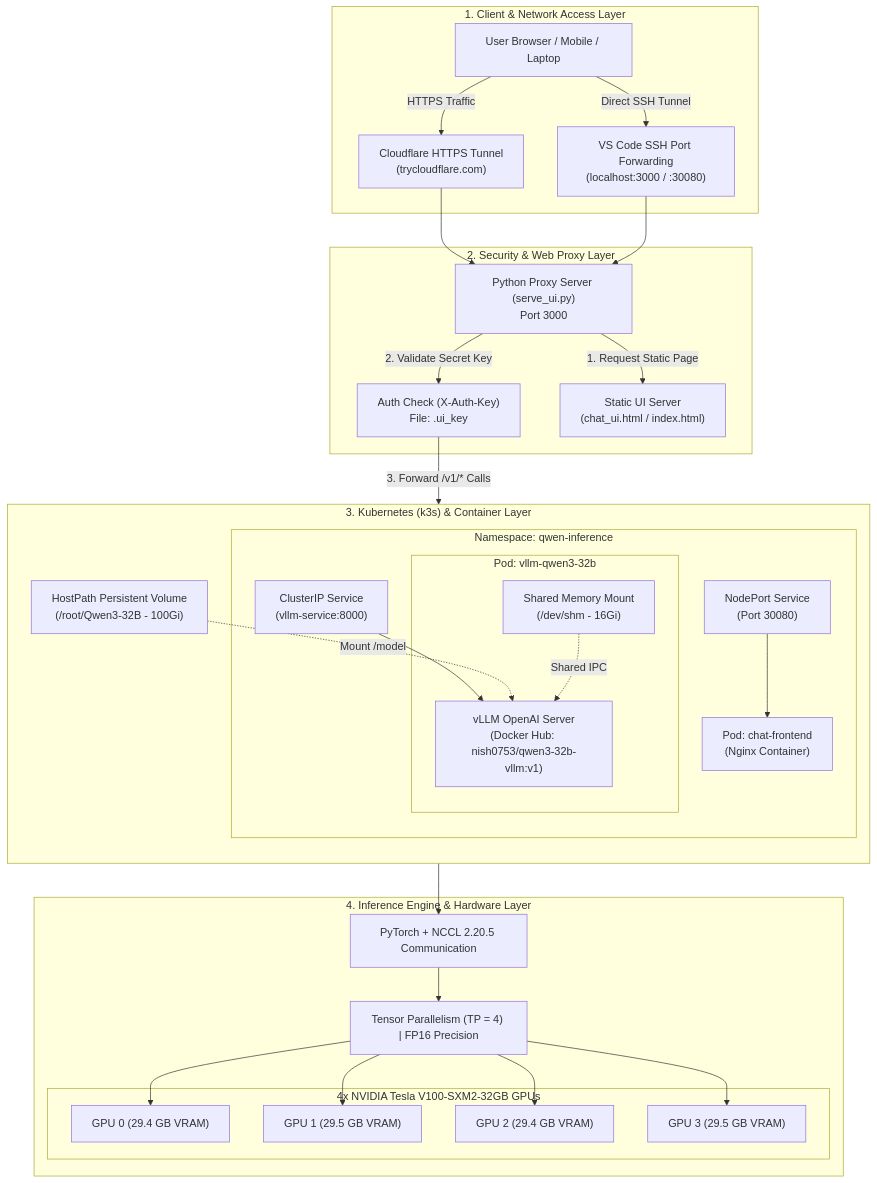
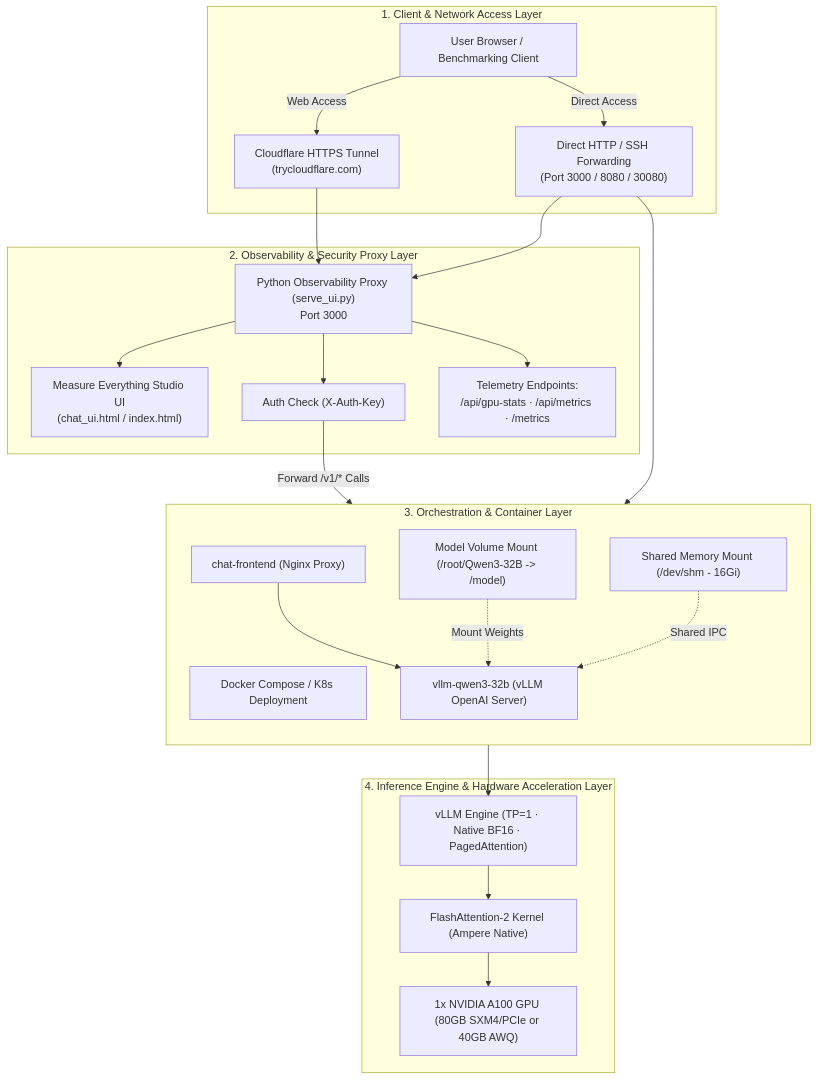
One commit to nish0753/Qwen3-32B-deployment changed the diagram in README.md. Above: the diagram before and after it, drawn with Mermaid. The commit also changed other lines of this file and 13 other files, not shown here.

Commit message:
Update configurations for 1x A100 with Measure Everything Studio

````diff
--- a/README.md
+++ b/README.md
@@ -15,63 +17,49 @@
 ```mermaid
 flowchart TD
     subgraph Client_Access["1. Client & Network Access Layer"]
-        User["User Browser / Mobile / Laptop"]
+        User["User Browser / Benchmarking Client"]
         CF_Tunnel["Cloudflare HTTPS Tunnel<br/>(trycloudflare.com)"]
-        SSH_Port["VS Code SSH Port Forwarding<br/>(localhost:3000 / :30080)"]
+        Direct_Port["Direct HTTP / SSH Forwarding<br/>(Port 3000 / 8080 / 30080)"]
     end
 
-    subgraph Security_Proxy["2. Security & Web Proxy Layer"]
-        Proxy["Python Proxy Server (serve_ui.py)<br/>Port 3000"]
-        Auth["Auth Check (X-Auth-Key)<br/>File: .ui_key"]
-        StaticUI["Static UI Server<br/>(chat_ui.html / index.html)"]
+    subgraph Security_Observability["2. Observability & Security Proxy Layer"]
+        Proxy["Python Observability Proxy (serve_ui.py)<br/>Port 3000"]
+        Auth["Auth Check (X-Auth-Key)"]
+        UI["Measure Everything Studio UI<br/>(chat_ui.html / index.html)"]
+        APIs["Telemetry Endpoints:<br/>/api/gpu-stats · /api/metrics · /metrics"]
     end
 
-    subgraph Orchestration["3. Kubernetes (k3s) & Container Layer"]
+    subgraph Container_Layer["3. Orchestration & Container Layer"]
         direction TB
-        subgraph K8s_NS["Namespace: qwen-inference"]
-            FE_Pod["Pod: chat-frontend<br/>(Nginx Container)"]
-            FE_Svc["NodePort Service<br/>(Port 30080)"]
-            vLLM_Svc["ClusterIP Service<br/>(vllm-service:8000)"]
-            
-            subgraph vLLM_Pod["Pod: vllm-qwen3-32b"]
-                vLLM_Engine["vLLM OpenAI Server<br/>(Docker Hub: nish0753/qwen3-32b-vllm:v1)"]
-                SHM["Shared Memory Mount<br/>(/dev/shm - 16Gi)"]
-            end
-        end
-        PV_Storage["HostPath Persistent Volume<br/>(/root/Qwen3-32B - 100Gi)"]
+        Docker_Compose["Docker Compose / K8s Deployment"]
+        Frontend_Container["chat-frontend (Nginx Proxy)"]
+        vLLM_Container["vllm-qwen3-32b (vLLM OpenAI Server)"]
+        SHM["Shared Memory Mount (/dev/shm - 16Gi)"]
+        Model_Mount["Model Volume Mount (/root/Qwen3-32B -> /model)"]
     end
 
-    subgraph Hardware_Engine["4. Inference Engine & Hardware Layer"]
-        PyTorch["PyTorch + NCCL 2.20.5 Communication"]
-        TP["Tensor Parallelism (TP = 4) | FP16 Precision"]
-        
-        subgraph GPUs["4x NVIDIA Tesla V100-SXM2-32GB GPUs"]
-            GPU0["GPU 0 (29.4 GB VRAM)"]
-            GPU1["GPU 1 (29.5 GB VRAM)"]
-            GPU2["GPU 2 (29.4 GB VRAM)"]
-            GPU3["GPU 3 (29.5 GB VRAM)"]
-        end
+    subgraph Hardware_Engine["4. Inference Engine & Hardware Acceleration Layer"]
+        FlashAttn["FlashAttention-2 Kernel (Ampere Native)"]
+        Engine["vLLM Engine (TP=1 · Native BF16 · PagedAttention)"]
+        A100_GPU["1x NVIDIA A100 GPU (80GB SXM4/PCIe or 40GB AWQ)"]
     end
 
     %% Flow Connections
-    User -->|HTTPS Traffic| CF_Tunnel
-    User -->|Direct SSH Tunnel| SSH_Port
+    User -->|Web Access| CF_Tunnel
+    User -->|Direct Access| Direct_Port
     CF_Tunnel --> Proxy
-    SSH_Port --> Proxy
-    
-    Proxy -->|1. Request Static Page| StaticUI
-    Proxy -->|2. Validate Secret Key| Auth
-    Auth -->|3. Forward /v1/* Calls| vLLM_Svc
-    
-    FE_Svc --> FE_Pod
-    vLLM_Svc --> vLLM_Engine
-    PV_Storage -.->|Mount /model| vLLM_Engine
-    SHM -.->|Shared IPC| vLLM_Engine
+    Direct_Port --> Proxy
+    Direct_Port --> Frontend_Container
 
-    vLLM_Engine --> PyTorch
-    PyTorch --> TP
-    TP --> GPU0
-    TP --> GPU1
-    TP --> GPU2
-    TP --> GPU3
+    Proxy --> UI
+    Proxy --> Auth
+    Proxy --> APIs
+    Auth -->|Forward /v1/* Calls| vLLM_Container
+    Frontend_Container --> vLLM_Container
+
+    Model_Mount -.->|Mount Weights| vLLM_Container
+    SHM -.->|Shared IPC| vLLM_Container
+    vLLM_Container --> Engine
+    Engine --> FlashAttn
+    FlashAttn --> A100_GPU
 ```
````
